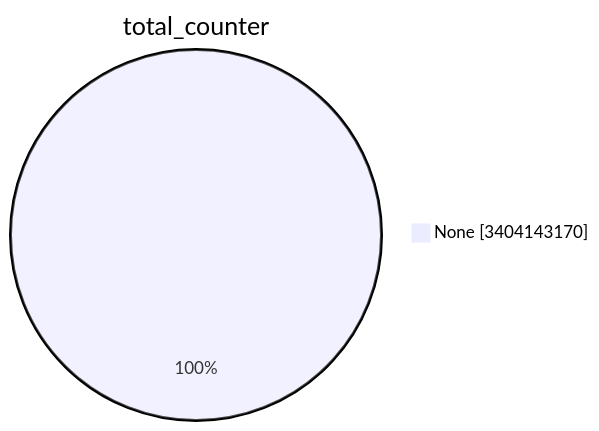
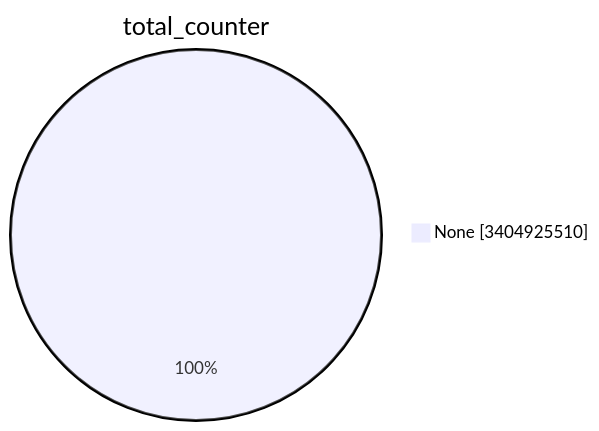
One commit to christiankrug/ctmonitor_visualization changed the first of 15 diagrams in TOTAL/README.md. Above: the diagram before and after it, drawn with Mermaid. The commit also changed other lines of this file, not shown here.

````diff
--- a/TOTAL/README.md
+++ b/TOTAL/README.md
@@ -1,5 +1,5 @@
 ```mermaid
 pie showData
 title total_counter
-"None" :3404143170
+"None" :3404925510
 ```
````
